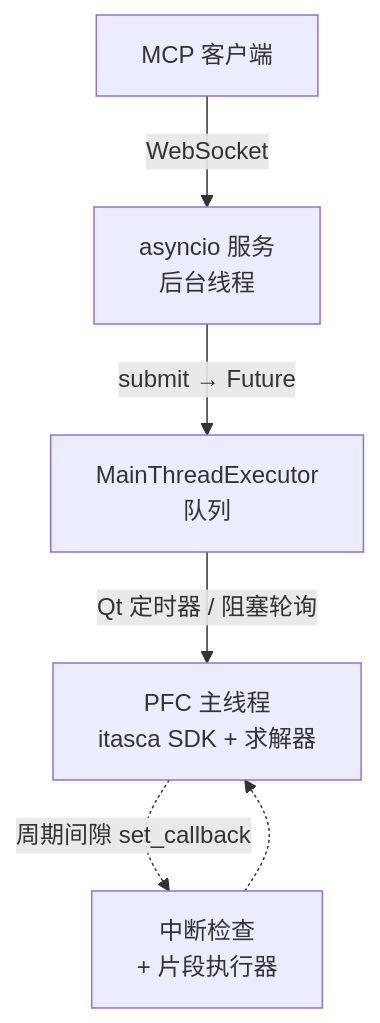
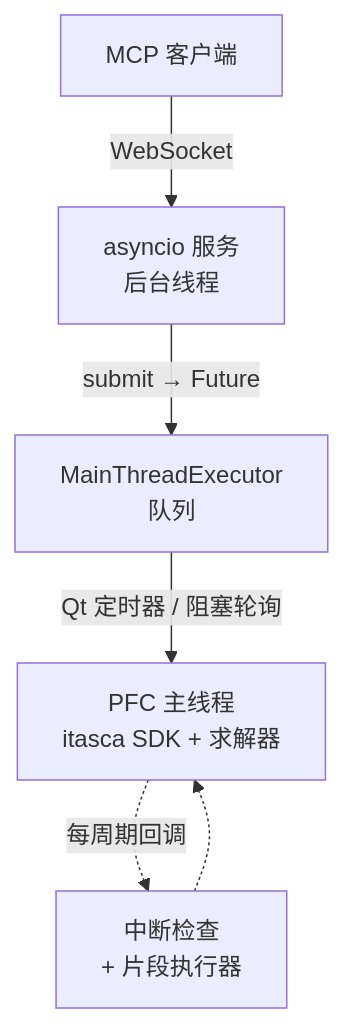
The diagram in README.zh-CN.md (yusong652/itasca-mcp-bridge), drawn with Mermaid before and after one commit. The commit also changed 1 other file, not shown here.

Commit message:
docs: correct architecture diagram callback label
The diagram labelled the cycle callbacks "set_callback at cycle gaps",
which misstated when they fire. The interrupt check and snippet executor
are registered at a fixed point in the cycling sequence and fire once per
cycle (callback at cycle), not in the gaps between cycles. Updated the
label in both READMEs (EN: "callback at cycle"; zh-CN: "每周期回调").

````diff
--- a/README.zh-CN.md
+++ b/README.zh-CN.md
@@ -29,8 +29,8 @@
 ```mermaid
 flowchart TD
     C[MCP 客户端] -->|WebSocket| S[asyncio 服务<br/>后台线程]
     S -->|submit → Future| Q[MainThreadExecutor<br/>队列]
     Q -->|Qt 定时器 / 阻塞轮询| M[PFC 主线程<br/>itasca SDK + 求解器]
-    M -.->|周期间隙 set_callback| CB[中断检查<br/>+ 片段执行器]
+    M -.->|每周期回调| CB[中断检查<br/>+ 片段执行器]
     CB -.-> M
 ```
````
